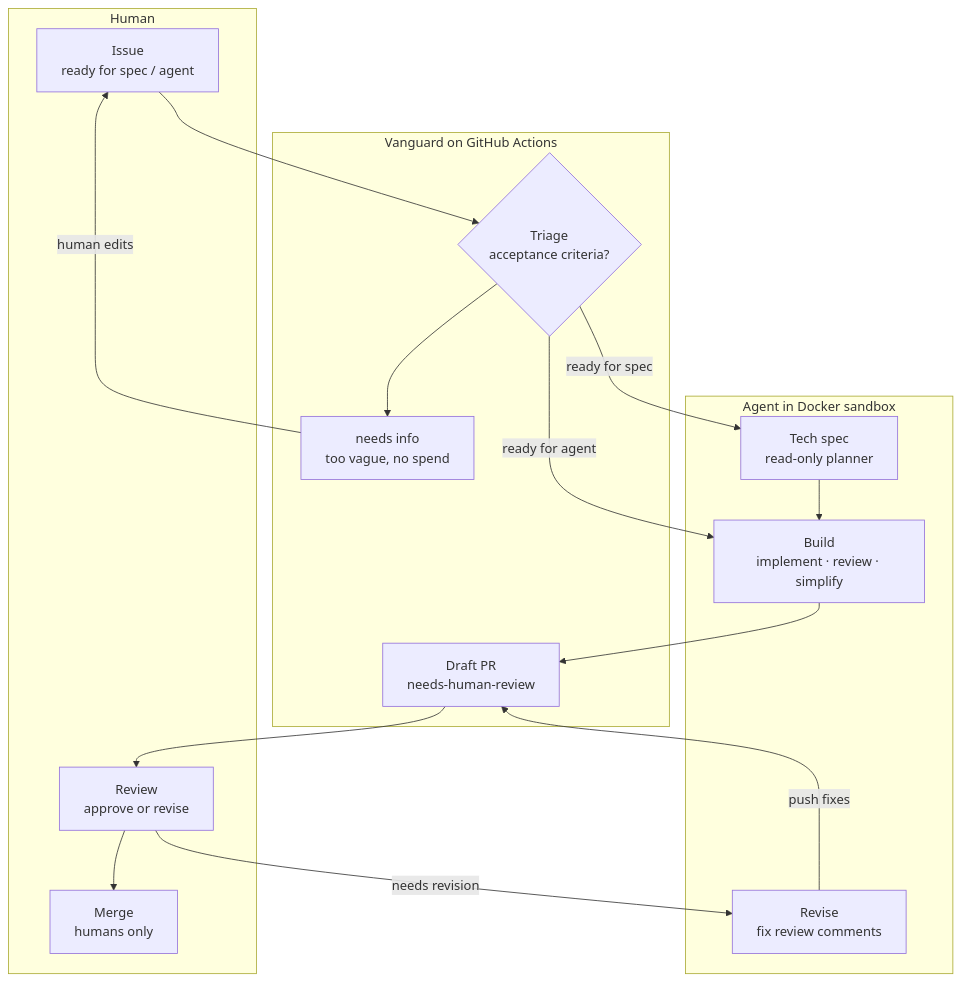
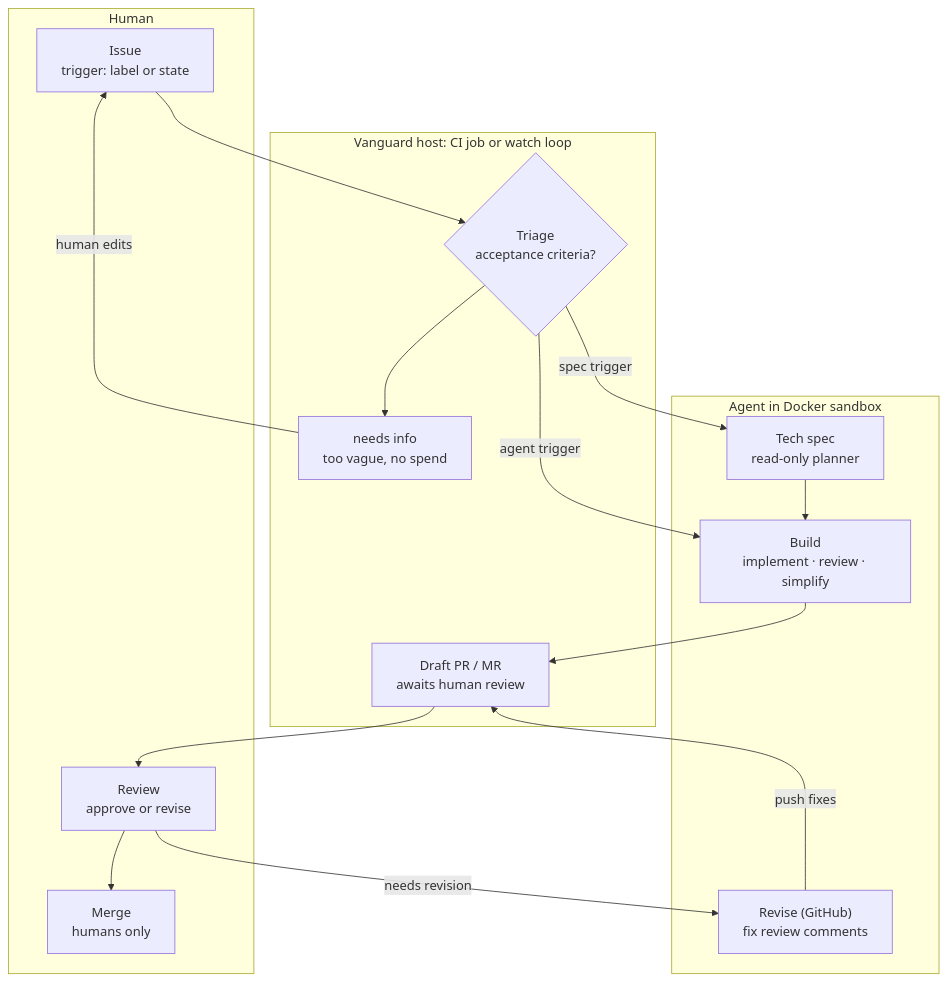
The diagram in docs/diagrams/factory-loop.mmd (SebaBoler/vanguard), drawn with Mermaid before and after one commit. The commit also changed 16 other files, not shown here.

Commit message:
docs: diagrams cover GitLab and Linear, not just GitHub (#545)

```diff
--- a/docs/diagrams/factory-loop.mmd
+++ b/docs/diagrams/factory-loop.mmd
@@ -1,27 +1,27 @@
 %% Factory loop: the topology behind factory-loop-light.svg / factory-loop-dark.svg (README "What is Vanguard?").
 %% Change it here first, mirror it in factory-loop.archify.json, then re-render with archify (github.com/tt-a1i/archify):
 %%   node archify/bin/archify.mjs deliver architecture docs/diagrams/factory-loop.archify.json <out>.html --quality showcase
 %% Open <out>.html → Export → SVG, then: docs/diagrams/split-theme.sh <export>.svg factory-loop
 flowchart TB
   subgraph human[Human]
-    issue["Issue<br/>ready for spec / agent"]
+    issue["Issue<br/>trigger: label or state"]
     merge["Merge<br/>humans only"]
     review["Review<br/>approve or revise"]
   end
-  subgraph host[Vanguard on GitHub Actions]
+  subgraph host[Vanguard host: CI job or watch loop]
     triage{"Triage<br/>acceptance criteria?"}
     info["needs info<br/>too vague, no spend"]
-    pr["Draft PR<br/>needs-human-review"]
+    pr["Draft PR / MR<br/>awaits human review"]
   end
   subgraph sandbox[Agent in Docker sandbox]
     spec["Tech spec<br/>read-only planner"]
     build["Build<br/>implement · review · simplify"]
-    revise["Revise<br/>fix review comments"]
+    revise["Revise (GitHub)<br/>fix review comments"]
   end
 
   issue --> triage
   triage --> info -->|human edits| issue
-  triage -->|ready for spec| spec --> build
-  triage -->|ready for agent| build
+  triage -->|spec trigger| spec --> build
+  triage -->|agent trigger| build
   build --> pr --> review --> merge
   review -->|needs revision| revise -->|push fixes| pr
```
